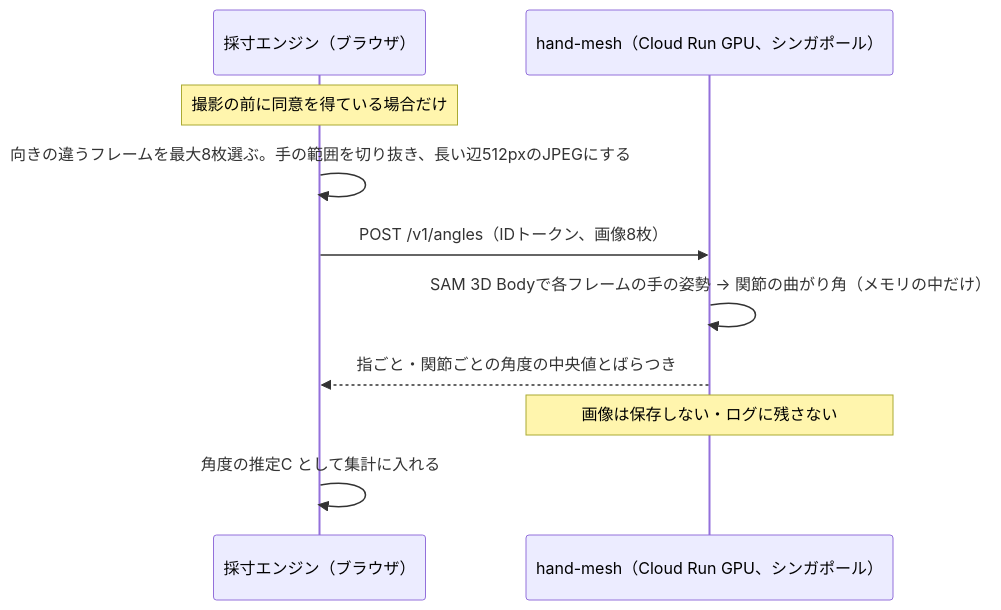
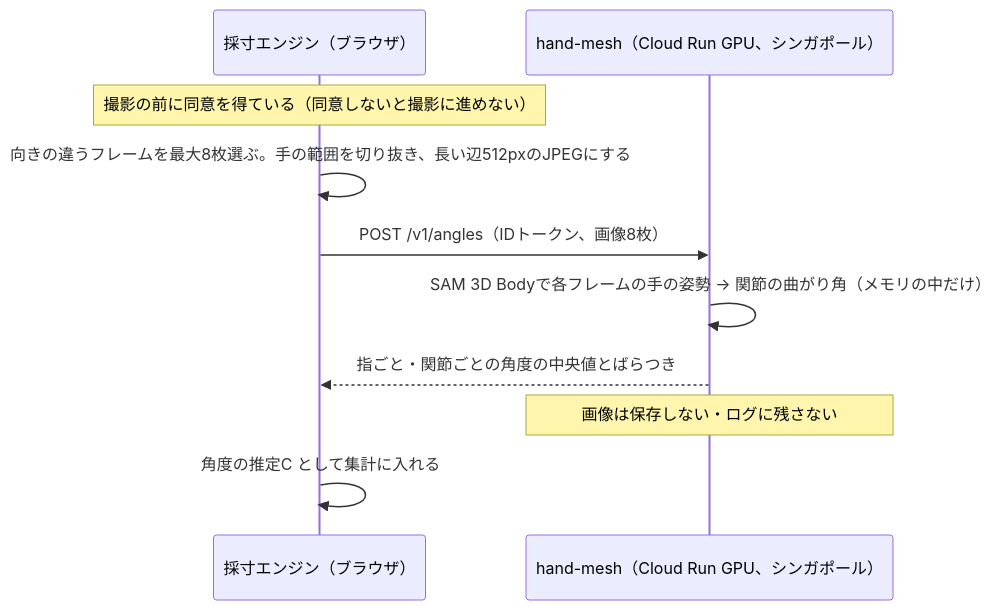
The second of 2 diagrams in docs/measurement.md (Devfest-Hackathon-2026/df-2026-t101), drawn with Mermaid before and after one commit. The commit also changed other lines of this file and 9 other files, not shown here.

````diff
--- a/docs/measurement.md
+++ b/docs/measurement.md
@@ -335,12 +335,12 @@
 ```mermaid
 sequenceDiagram
   participant EN as 採寸エンジン（ブラウザ）
   participant HM as hand-mesh（Cloud Run GPU、シンガポール）
-  Note over EN: 撮影の前に同意を得ている場合だけ
+  Note over EN: 撮影の前に同意を得ている（同意しないと撮影に進めない）
   EN->>EN: 向きの違うフレームを最大8枚選ぶ。手の範囲を切り抜き、長い辺512pxのJPEGにする
   EN->>HM: POST /v1/angles（IDトークン、画像8枚）
   HM->>HM: SAM 3D Bodyで各フレームの手の姿勢 → 関節の曲がり角（メモリの中だけ）
   HM-->>EN: 指ごと・関節ごとの角度の中央値とばらつき
   Note over HM: 画像は保存しない・ログに残さない
   EN->>EN: 角度の推定C として集計に入れる
 ```
````
